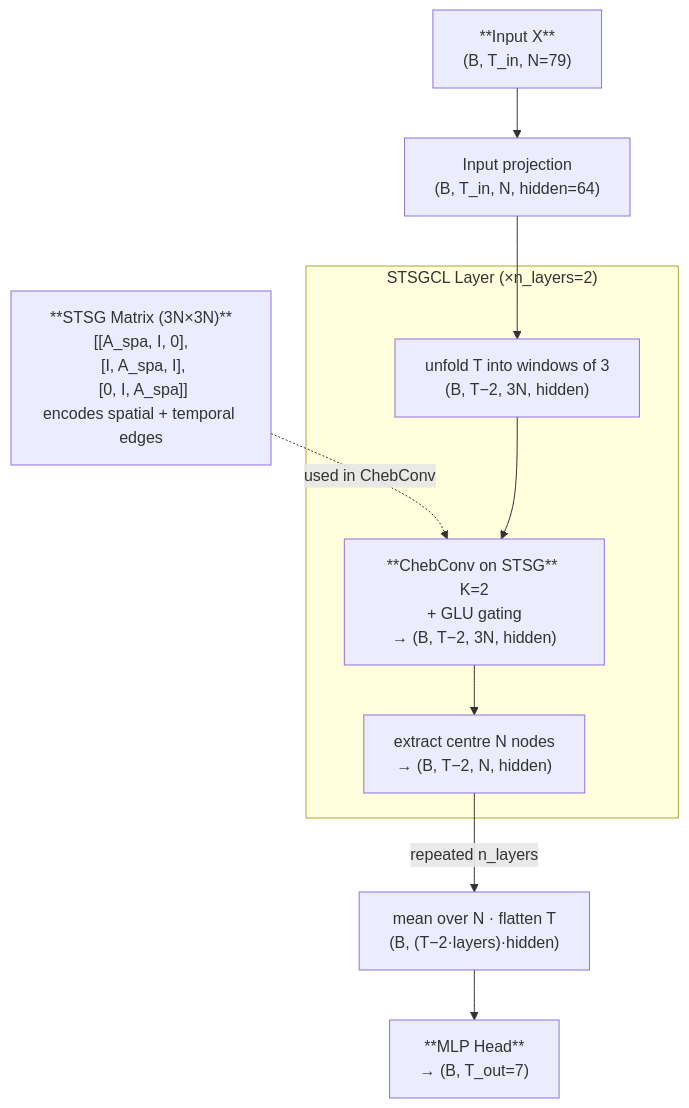
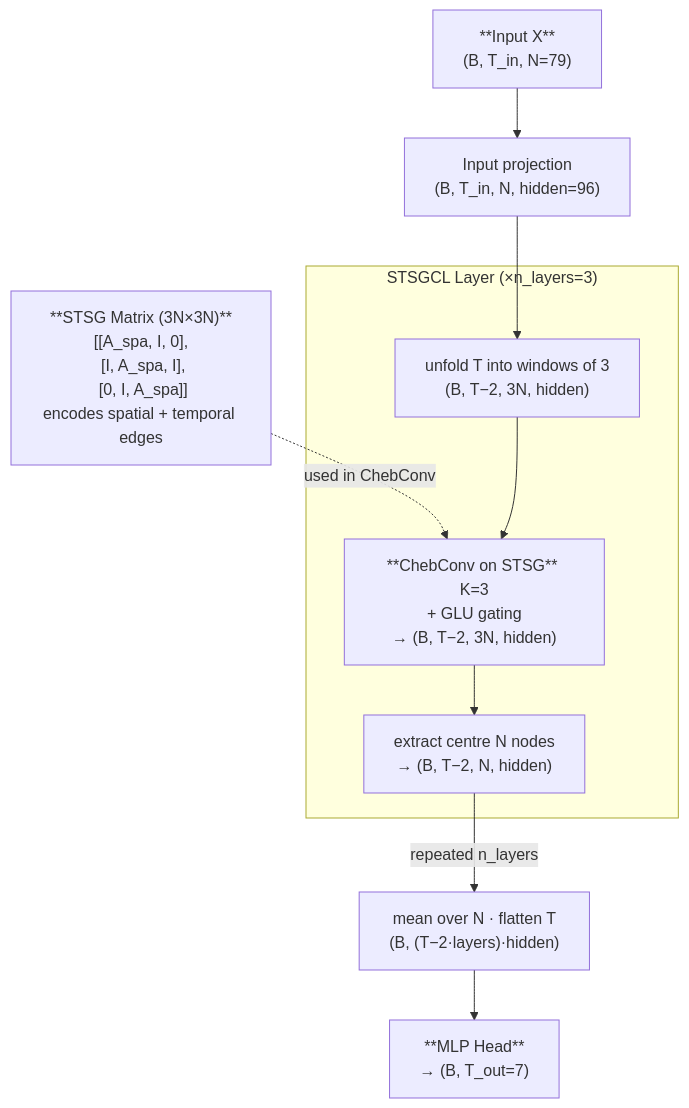
Before and after one commit to NightfuryEquinn/Ridership: diagram 11 of 17 in src/models/MODEL.md, drawn with Mermaid. The commit also changed other lines of this file and 5 other files, not shown here.

Commit message:
refactor: :memo: Update CLAUDE, README, MODEL, RESULTS markdown and comments in feature align and sequence builder

````diff
--- a/src/models/MODEL.md
+++ b/src/models/MODEL.md
@@ -524,21 +524,21 @@
 ```mermaid
 flowchart TD
     X["**Input X**\n(B, T_in, N=79)"]
-    PROJ["Input projection\n(B, T_in, N, hidden=64)"]
+    PROJ["Input projection\n(B, T_in, N, hidden=96)"]
     STSG["**STSG Matrix (3N×3N)**\n[[A_spa, I, 0],\n [I, A_spa, I],\n [0, I, A_spa]]\nencodes spatial + temporal edges"]
 
-    subgraph STSGCL["STSGCL Layer (×n_layers=2)"]
+    subgraph STSGCL["STSGCL Layer (×n_layers=3)"]
         UNFOLD["unfold T into windows of 3\n(B, T−2, 3N, hidden)"]
-        CHEB["**ChebConv on STSG** K=2\n+ GLU gating\n→ (B, T−2, 3N, hidden)"]
+        CHEB["**ChebConv on STSG** K=3\n+ GLU gating\n→ (B, T−2, 3N, hidden)"]
         CENTRE["extract centre N nodes\n→ (B, T−2, N, hidden)"]
     end
 
     POOL["mean over N · flatten T\n(B, (T−2·layers)·hidden)"]
     MLP["**MLP Head**\n→ (B, T_out=7)"]
 
     X --> PROJ --> UNFOLD
     STSG -. used in ChebConv .-> CHEB
     UNFOLD --> CHEB --> CENTRE
     CENTRE --> |"repeated n_layers"| POOL
     POOL --> MLP
 ```
````
